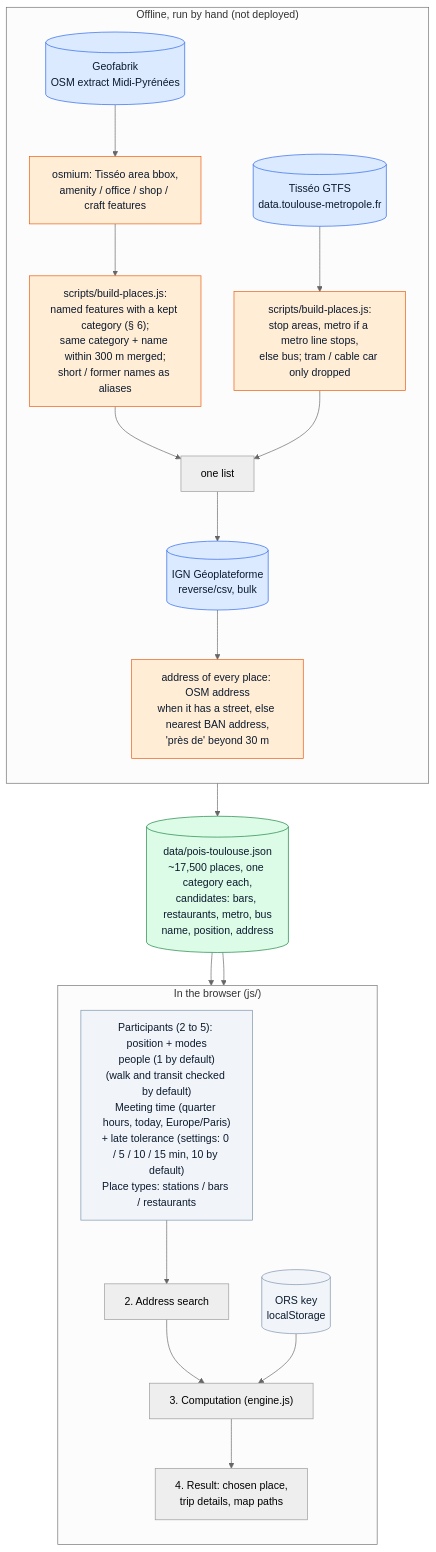
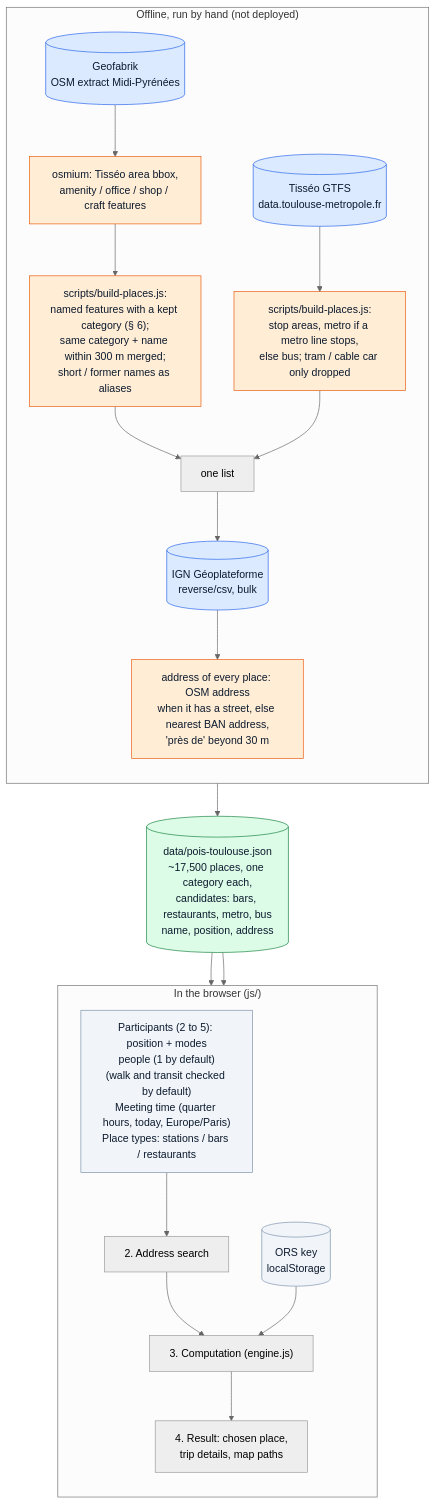
The first of 4 diagrams in docs/pipeline.md (NicolasGresset/rendez-vous), drawn with Mermaid (neutral theme) before and after one commit. The commit also changed other lines of this file and 10 other files, not shown here.

First line of the commit message:
Fix the late tolerance at 10 min: no more setting

````diff
--- a/docs/pipeline.md
+++ b/docs/pipeline.md
@@ -47,39 +47,39 @@
 ```mermaid
 flowchart TB
     classDef api fill:#DBEAFE,stroke:#2563EB,color:#0C1A2E
     classDef local fill:#DCFCE7,stroke:#15803D,color:#0C1A2E
     classDef algo fill:#FFEDD5,stroke:#EA580C,color:#0C1A2E
     classDef user fill:#F1F5F9,stroke:#7A90AA,color:#0C1A2E
 
     subgraph OFFLINE["Offline, run by hand (not deployed)"]
         direction TB
         GEOFABRIK[("Geofabrik<br/>OSM extract Midi-Pyrénées")]:::api
         OSMIUM["osmium: Tisséo area bbox,<br/>amenity / office / shop / craft features"]:::algo
         OSMPLACES["scripts/build-places.js:<br/>named features with a kept category (§ 6);<br/>same category + name within 300 m merged;<br/>short / former names as aliases"]:::algo
         GTFS[("Tisséo GTFS<br/>data.toulouse-metropole.fr")]:::api
         STOPS["scripts/build-places.js:<br/>stop areas, metro if a metro line stops,<br/>else bus; tram / cable car only dropped"]:::algo
         REVCSV[("IGN Géoplateforme<br/>reverse/csv, bulk")]:::api
         ADDR["address of every place: OSM address<br/>when it has a street, else nearest BAN address,<br/>'près de' beyond 30 m"]:::algo
         GEOFABRIK --> OSMIUM --> OSMPLACES
         GTFS --> STOPS
         OSMPLACES --> MERGE["one list"]
         STOPS --> MERGE
         MERGE --> REVCSV --> ADDR
     end
 
     ADDR --> DATA[("data/pois-toulouse.json<br/>~17,500 places, one category each,<br/>candidates: bars, restaurants, metro, bus<br/>name, position, address")]:::local
 
     subgraph BROWSER["In the browser (js/)"]
         direction TB
         KEY[("ORS key<br/>localStorage")]:::user
-        INPUT["Participants (2 to 5): position + modes<br/>people (1 by default)<br/>(walk and transit checked by default)<br/>Meeting time (quarter hours, today, Europe/Paris)<br/>+ late tolerance (settings: 0 / 5 / 10 / 15 min, 10 by default)<br/>Place types: stations / bars / restaurants"]:::user
+        INPUT["Participants (2 to 5): position + modes<br/>people (1 by default)<br/>(walk and transit checked by default)<br/>Meeting time (quarter hours, today, Europe/Paris)<br/>Place types: stations / bars / restaurants"]:::user
         SEARCH["2. Address search"]
         ENGINE["3. Computation (engine.js)"]
         RESULT["4. Result: chosen place,<br/>trip details, map paths"]
         INPUT --> SEARCH --> ENGINE --> RESULT
         KEY --> ENGINE
     end
 
     DATA --> SEARCH
     DATA --> ENGINE
 ```
````
